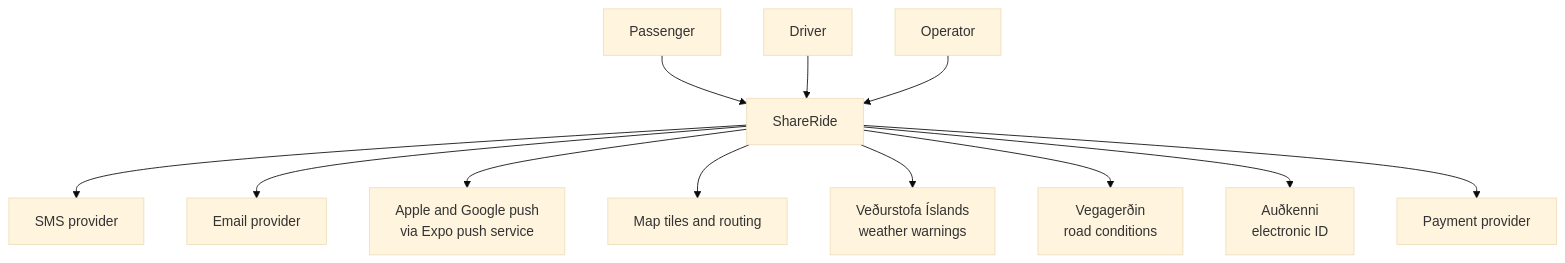
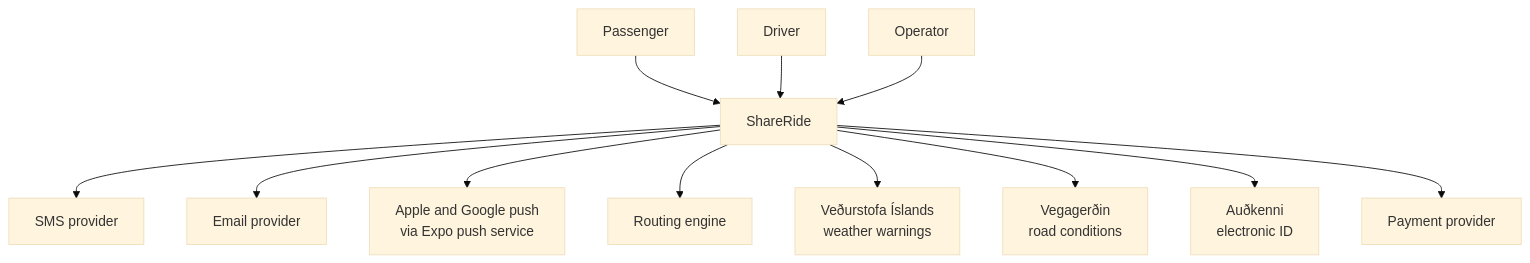
One commit to safarcikm/ShareRide changed the first of 4 diagrams in docs/architecture/overview.md. Above: the diagram before and after it, drawn with Mermaid (base theme). The commit also changed 29 other files, not shown here.

````diff
--- a/docs/architecture/overview.md
+++ b/docs/architecture/overview.md
@@ -10,15 +10,15 @@
 ```mermaid
 flowchart TB
   P[Passenger] --> SR
   D[Driver] --> SR
   O[Operator] --> SR
   SR[ShareRide]
   SR --> SMS[SMS provider]
   SR --> MAIL[Email provider]
   SR --> PUSH[Apple and Google push<br/>via Expo push service]
-  SR --> MAP[Map tiles and routing]
+  SR --> MAP[Routing engine]
   SR --> WX[Veðurstofa Íslands<br/>weather warnings]
   SR --> ROAD[Vegagerðin<br/>road conditions]
   SR --> EID[Auðkenni<br/>electronic ID]
   SR --> PAY[Payment provider]
 ```
````
